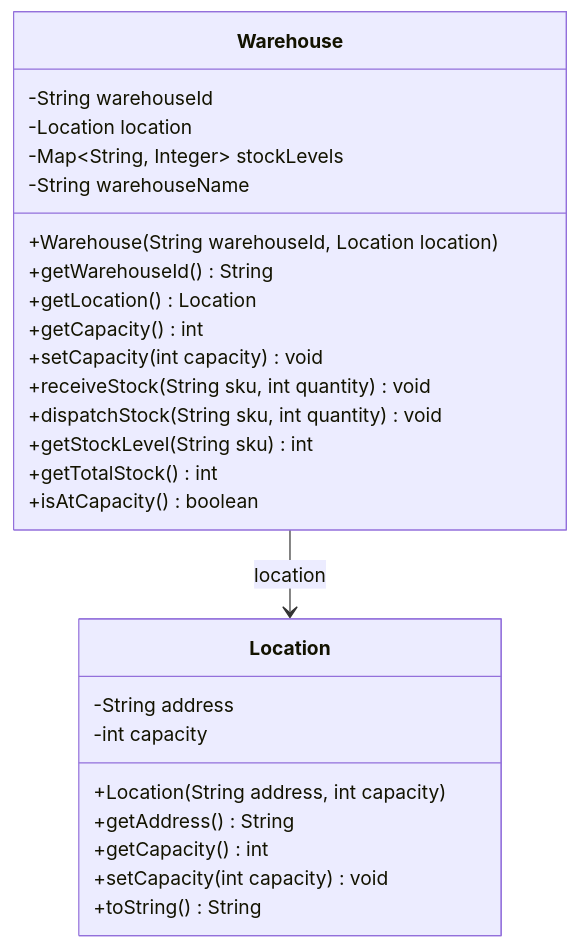
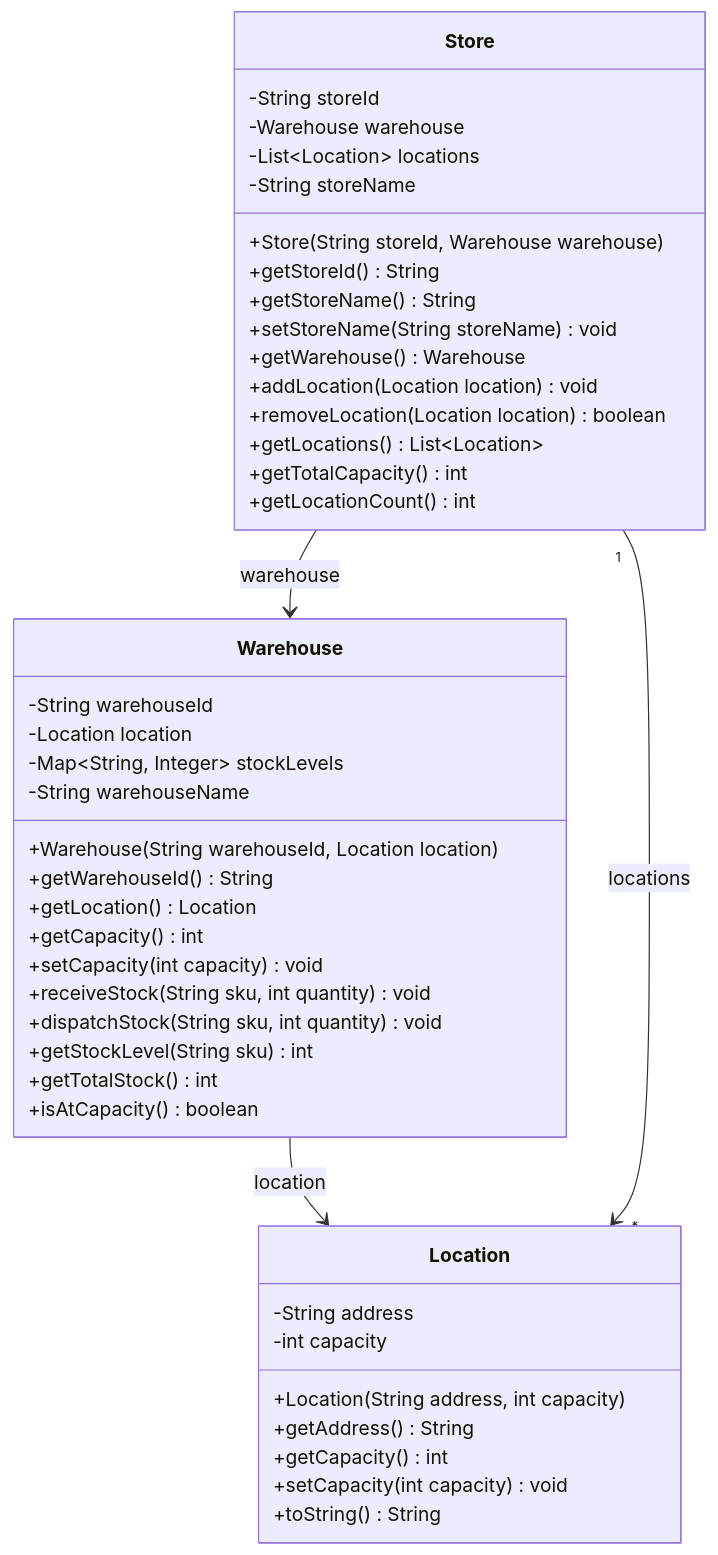
Before and after one commit to nichom01/GitHub-bob-demo: the diagram in docs/diagrams/class-diagram.md, drawn with Mermaid. The commit also changed 3 other files, not shown here.

Commit message:
docs: auto-update release notes and diagrams via Bob

````diff
--- a/docs/diagrams/class-diagram.md
+++ b/docs/diagrams/class-diagram.md
@@ -3,31 +3,50 @@
 ```mermaid
 classDiagram
     class Location {
         -String address
         -int capacity
         +Location(String address, int capacity)
         +getAddress() String
         +getCapacity() int
         +setCapacity(int capacity) void
         +toString() String
     }
 
     class Warehouse {
         -String warehouseId
         -Location location
         -Map~String, Integer~ stockLevels
         -String warehouseName
         +Warehouse(String warehouseId, Location location)
         +getWarehouseId() String
         +getLocation() Location
         +getCapacity() int
         +setCapacity(int capacity) void
         +receiveStock(String sku, int quantity) void
         +dispatchStock(String sku, int quantity) void
         +getStockLevel(String sku) int
         +getTotalStock() int
         +isAtCapacity() boolean
     }
 
+    class Store {
+        -String storeId
+        -Warehouse warehouse
+        -List~Location~ locations
+        -String storeName
+        +Store(String storeId, Warehouse warehouse)
+        +getStoreId() String
+        +getStoreName() String
+        +setStoreName(String storeName) void
+        +getWarehouse() Warehouse
+        +addLocation(Location location) void
+        +removeLocation(Location location) boolean
+        +getLocations() List~Location~
+        +getTotalCapacity() int
+        +getLocationCount() int
+    }
+
     Warehouse --> Location : location
+    Store --> Warehouse : warehouse
+    Store "1" --> "*" Location : locations
 ```
````
